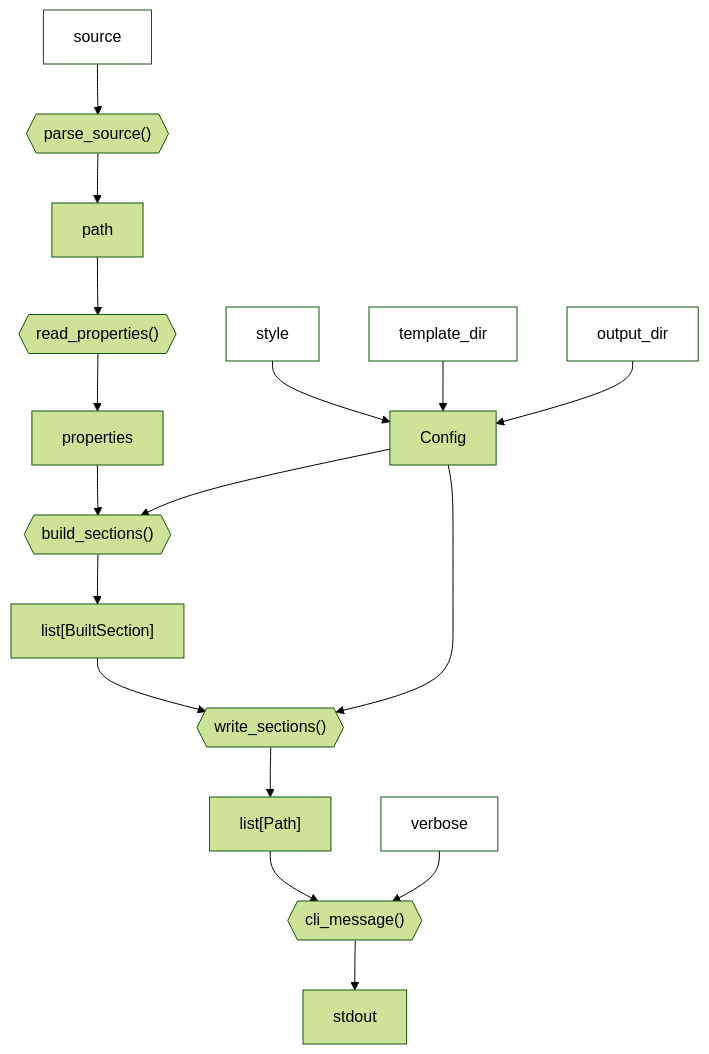
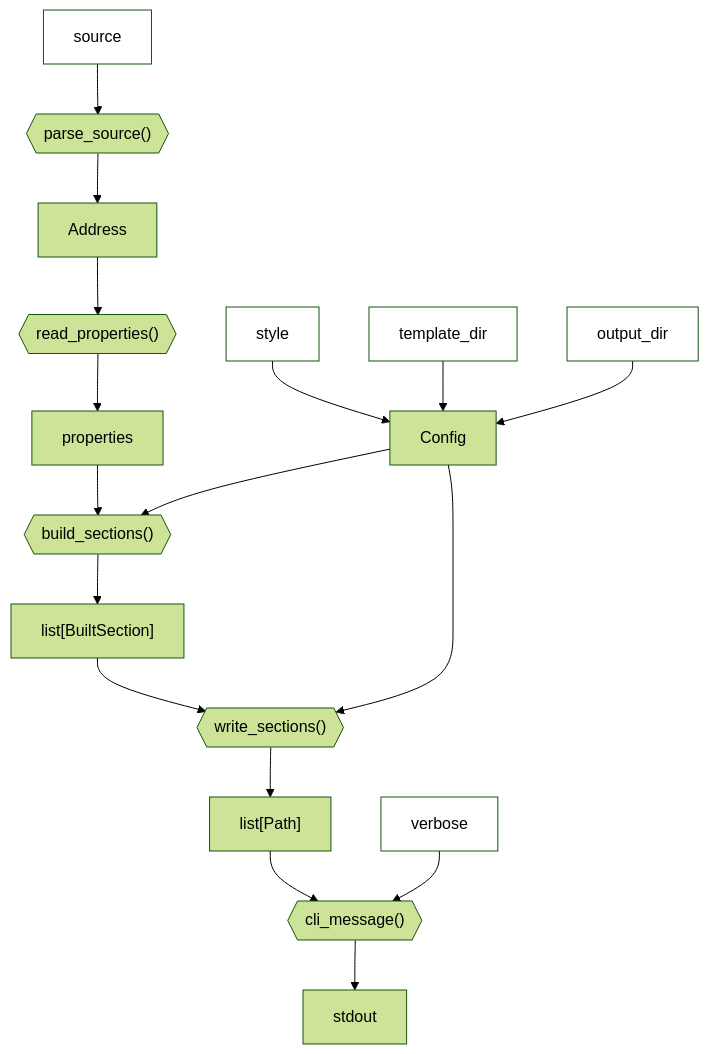
The first of 2 diagrams in docs/design/interface/python.qmd (seedcase-project/seedcase-flower), drawn with Mermaid (forest theme) before and after one commit. The commit also changed other lines of this file and 2 other files, not shown here.

Commit message:
docs: :memo: correct outdated parts of diagrams (#293)
# Description

Fixes some outdated diagram nodes. More could be done in a follow up PR
after a discussion in
https://github.com/seedcase-project/guidebook/issues/131

Needs a quick review.

## Checklist

- [x] Ran `just run-all`

---------

````diff
--- a/docs/design/interface/python.qmd
+++ b/docs/design/interface/python.qmd
@@ -63,18 +63,18 @@
 ```{mermaid}
 %%| label: fig-python-build-flow
 %%| fig-cap: "Diagram of the internal flow of functions and objects in the `build()` CLI function."
 flowchart TD
-    source:::input --> parse_source{{"parse_source()"}} --> path
+    source:::input --> parse_source{{"parse_source()"}} --> Address
     style_cfg[style]:::input --> Config
     template_dir_cfg[template_dir]:::input --> Config
-    path --> read_properties{{"read_properties()"}} --> properties
+    Address --> read_properties{{"read_properties()"}} --> properties
     properties & Config --> build_sections{{"build_sections()"}} --> output["list[BuiltSection]"]
     output --> write_sections{{"write_sections()"}}
     output_dir:::input --> Config
     Config --> write_sections
     write_sections --> files["list[Path]"]
     files --> cli_message{{"cli_message()"}} --> stdout
     verbose:::input --> cli_message
 
     classDef input fill:#FFF
 ```
````
